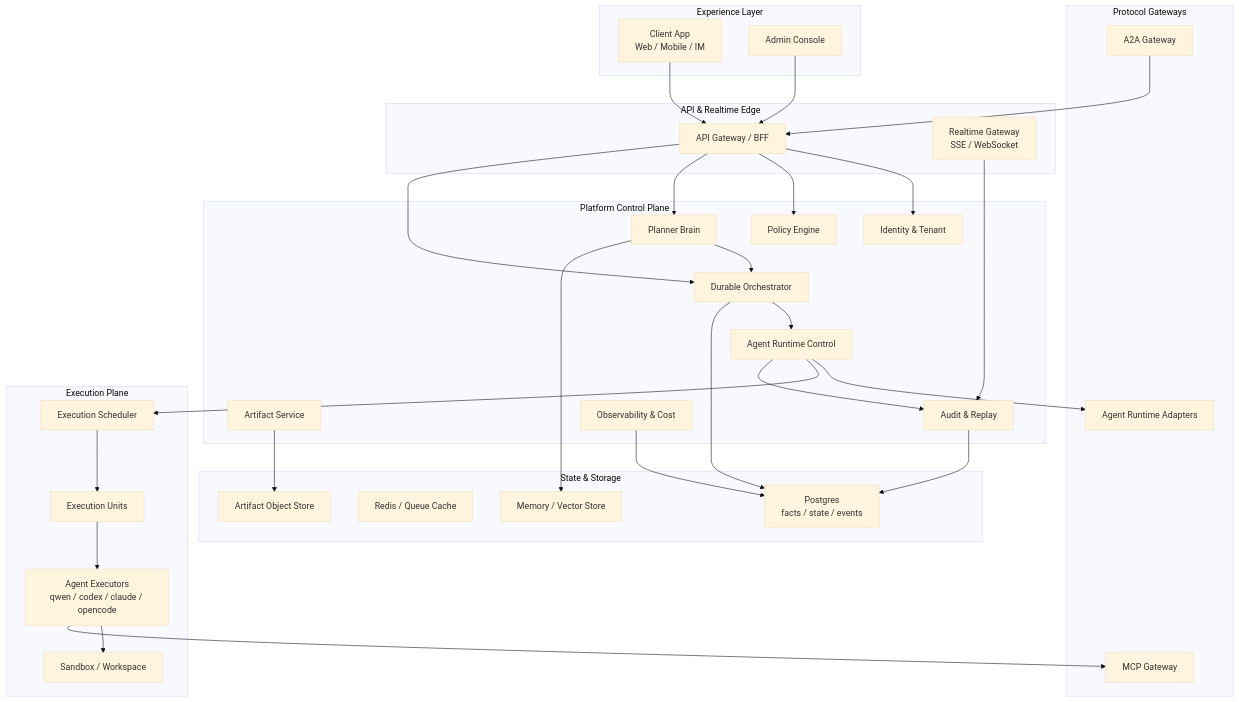
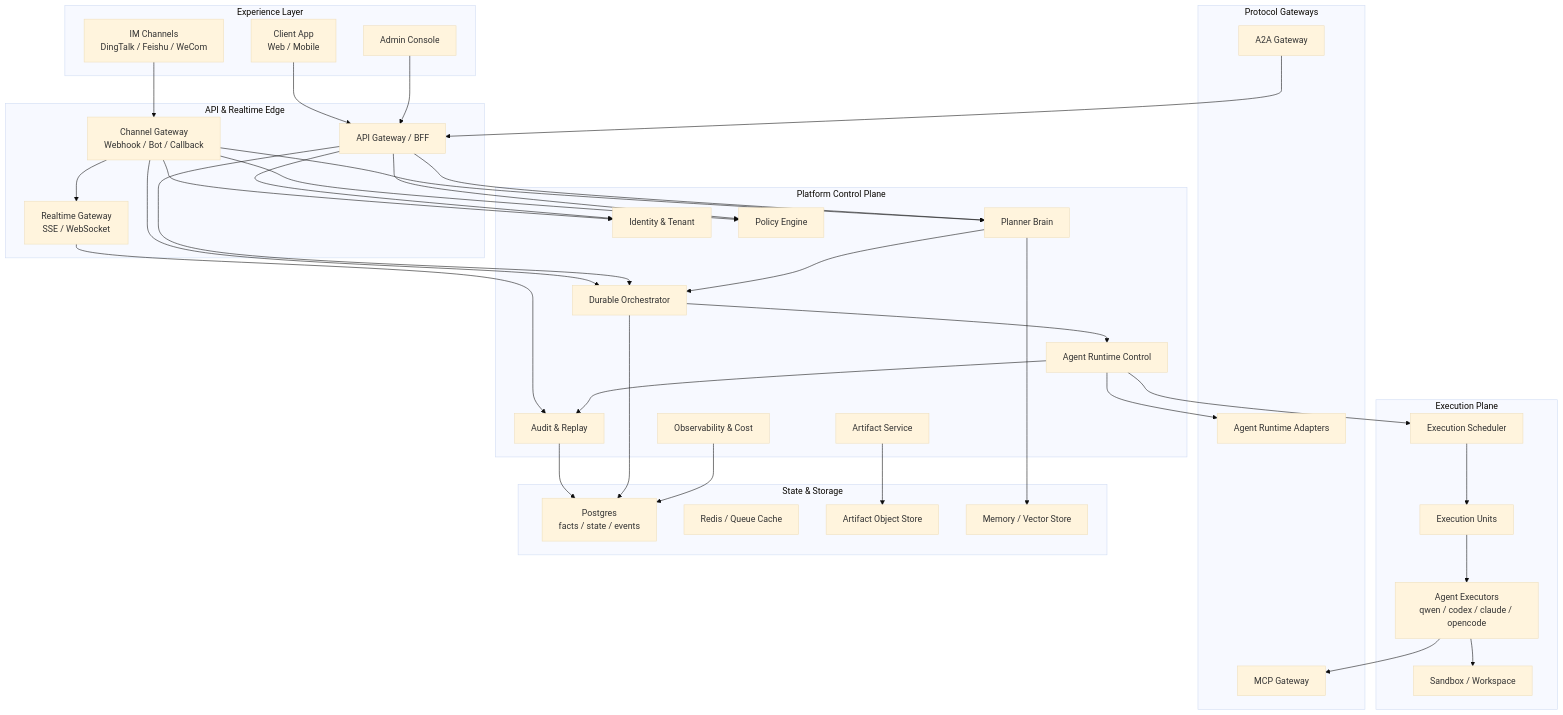
Before and after one commit to chiga0/aflow: the first of 3 diagrams in docs/implementation/client-admin-agent-platform-plan.md, drawn with Mermaid (base theme). The commit also changed other lines of this file, not shown here.

Commit message:
docs: add channel gateway to v2 architecture

````diff
--- a/docs/implementation/client-admin-agent-platform-plan.md
+++ b/docs/implementation/client-admin-agent-platform-plan.md
@@ -96,66 +96,74 @@
 ```mermaid
 flowchart TB
   subgraph Experience["Experience Layer"]
-    Client["Client App<br/>Web / Mobile / IM"]
+    Client["Client App<br/>Web / Mobile"]
+    IM["IM Channels<br/>DingTalk / Feishu / WeCom"]
     Admin["Admin Console"]
   end
 
   subgraph Edge["API & Realtime Edge"]
     Gateway["API Gateway / BFF"]
     Realtime["Realtime Gateway<br/>SSE / WebSocket"]
+    Channel["Channel Gateway<br/>Webhook / Bot / Callback"]
   end
 
   subgraph Platform["Platform Control Plane"]
     Identity["Identity & Tenant"]
     Policy["Policy Engine"]
     Brain["Planner Brain"]
     Orchestrator["Durable Orchestrator"]
     Runtime["Agent Runtime Control"]
     Artifact["Artifact Service"]
     Audit["Audit & Replay"]
     Observability["Observability & Cost"]
   end
 
   subgraph Protocols["Protocol Gateways"]
     A2A["A2A Gateway"]
     MCP["MCP Gateway"]
     AgentAdapter["Agent Runtime Adapters"]
   end
 
   subgraph Execution["Execution Plane"]
     Scheduler["Execution Scheduler"]
     Units["Execution Units"]
     Executors["Agent Executors<br/>qwen / codex / claude / opencode"]
     Sandbox["Sandbox / Workspace"]
   end
 
   subgraph Data["State & Storage"]
     Postgres["Postgres<br/>facts / state / events"]
     Redis["Redis / Queue Cache"]
     ObjectStore["Artifact Object Store"]
     VectorStore["Memory / Vector Store"]
   end
 
   Client --> Gateway
+  IM --> Channel
   Admin --> Gateway
+  Channel --> Identity
+  Channel --> Policy
+  Channel --> Brain
+  Channel --> Orchestrator
+  Channel --> Realtime
   Gateway --> Identity
   Gateway --> Policy
   Gateway --> Brain
   Gateway --> Orchestrator
   Realtime --> Audit
   Brain --> Orchestrator
   Orchestrator --> Runtime
   Runtime --> AgentAdapter
   Runtime --> Scheduler
   Scheduler --> Units
   Units --> Executors
   Executors --> Sandbox
   Executors --> MCP
   A2A --> Gateway
   Runtime --> Audit
   Artifact --> ObjectStore
   Audit --> Postgres
   Orchestrator --> Postgres
   Brain --> VectorStore
   Observability --> Postgres
 ```
````
